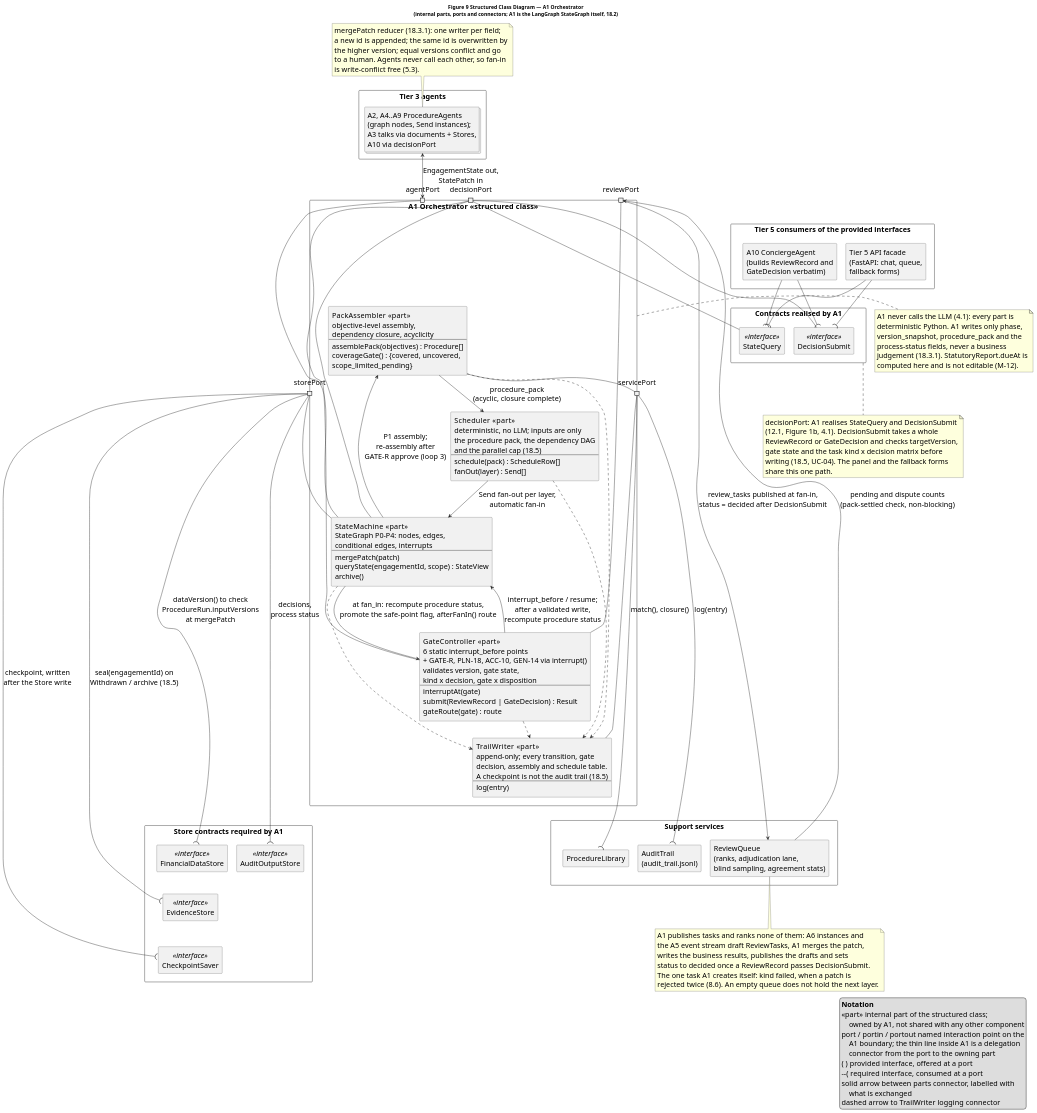
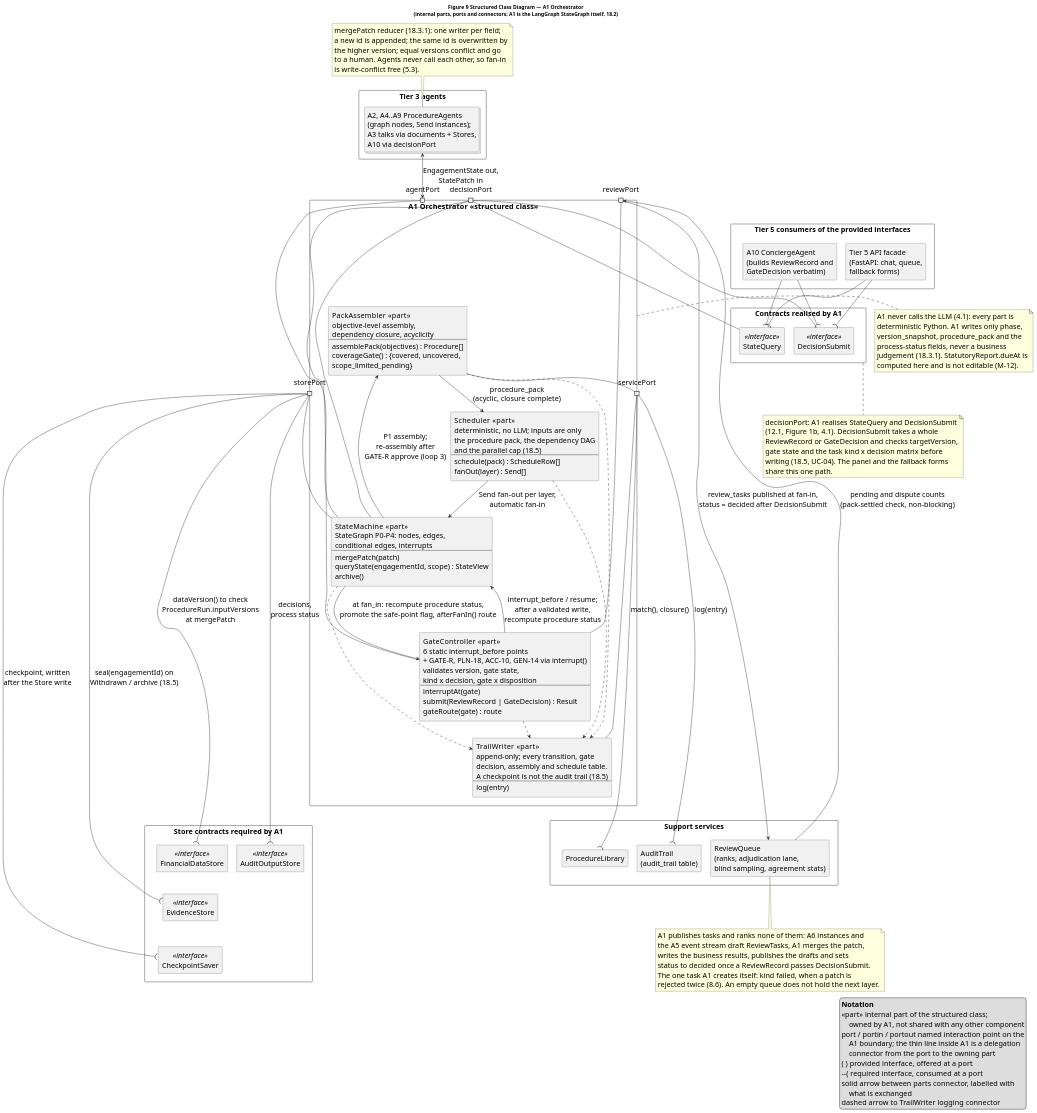
One commit to SilverHim/audit-agent changed the diagram in diagrams/structured_class_a1.puml. Above: the diagram before and after it, drawn with PlantUML. The commit also changed 203 other files, not shown here.

```diff
--- a/diagrams/structured_class_a1.puml
+++ b/diagrams/structured_class_a1.puml
@@ -1,162 +1,162 @@
 @startuml structured_class_a1
 title Figure 9  Structured Class Diagram — A1 Orchestrator\n(internal parts, ports and connectors; A1 is the LangGraph StateGraph itself, 18.2)
 
 skinparam componentStyle rectangle
 skinparam packageStyle rectangle
 skinparam shadowing false
 skinparam defaultFontSize 20
 skinparam legendFontSize 20
 skinparam nodesep 25
 skinparam ranksep 45
 
 ' ================= External collaborators =================
 package "Tier 5 consumers of the provided interfaces" as T5 {
   component "A10 ConciergeAgent\n(builds ReviewRecord and\nGateDecision verbatim)" as A10
   component "Tier 5 API facade\n(FastAPI: chat, queue,\nfallback forms)" as API
 }
 
 package "Contracts realised by A1" as PROV {
   component "StateQuery" <<interface>> as SQ
   component "DecisionSubmit" <<interface>> as DSUB
 }
 
 package "Tier 3 agents" as T3 {
   collections "A2, A4..A9 ProcedureAgents\n(graph nodes, Send instances);\nA3 talks via documents + Stores,\nA10 via decisionPort" as AG
 }
 
 package "Support services" as SV {
   component "ReviewQueue\n(ranks, adjudication lane,\nblind sampling, agreement stats)" as RQ
   component "ProcedureLibrary" as PL
-  component "AuditTrail\n(audit_trail.jsonl)" as AT
+  component "AuditTrail\n(audit_trail table)" as AT
 }
 
 package "Store contracts required by A1" as STO {
   component "AuditOutputStore" <<interface>> as AOS
   component "FinancialDataStore" <<interface>> as FDS
   component "EvidenceStore" <<interface>> as ES
   component "CheckpointSaver" <<interface>> as CKS
 }
 
 ' ================= The structured class =================
 component "A1 Orchestrator   <<structured class>>" as A1 {
 
   portin decisionPort
   port agentPort
   port reviewPort
   portout storePort
   portout servicePort
 
   component "StateMachine   <<part>>\nStateGraph P0–P4: nodes, edges,\nconditional edges, interrupts\n--\nmergePatch(patch)\nqueryState(engagementId, scope) : StateView\narchive()" as SM
   component "GateController   <<part>>\n6 static interrupt_before points\n+ GATE-R, PLN-18, ACC-10, GEN-14 via interrupt()\nvalidates version, gate state,\nkind x decision, gate x disposition\n--\ninterruptAt(gate)\nsubmit(ReviewRecord | GateDecision) : Result\ngateRoute(gate) : route" as GC
   component "PackAssembler   <<part>>\nobjective-level assembly,\ndependency closure, acyclicity\n--\nassemblePack(objectives) : Procedure[]\ncoverageGate() : {covered, uncovered,\nscope_limited_pending}" as PA
   component "Scheduler   <<part>>\ndeterministic, no LLM; inputs are only\nthe procedure pack, the dependency DAG\nand the parallel cap (18.5)\n--\nschedule(pack) : ScheduleRow[]\nfanOut(layer) : Send[]" as SCH
   component "TrailWriter   <<part>>\nappend-only; every transition, gate\ndecision, assembly and schedule table.\nA checkpoint is not the audit trail (18.5)\n--\nlog(entry)" as TW
 
   ' ---- connectors between parts ----
   SM --> PA : P1 assembly;\nre-assembly after\nGATE-R approve (loop 3)
   PA --> SCH : procedure_pack\n(acyclic, closure complete)
   SCH --> SM : Send fan-out per layer,\nautomatic fan-in
   SM --> GC : at fan_in: recompute procedure status,\npromote the safe-point flag, afterFanIn() route
   GC --> SM : interrupt_before / resume;\nafter a validated write,\nrecompute procedure status
 
   ' ---- every part logs ----
   SM ..> TW
   GC ..> TW
   PA ..> TW
   SCH ..> TW
 
   ' ---- port delegation ----
   decisionPort -- GC
   decisionPort -- SM
   agentPort -- SM
   reviewPort -- GC
   storePort -- SM
   servicePort -- PA
   servicePort -- TW
 }
 
 ' ================= Port wiring =================
 AG <--> agentPort : EngagementState out,\nStatePatch in
 reviewPort --> RQ : review_tasks published at fan-in,\nstatus = decided after DecisionSubmit
 RQ --> reviewPort : pending and dispute counts\n(pack-settled check, non-blocking)
 
 storePort --( AOS : decisions,\nprocess status
 storePort --( FDS : dataVersion() to check\nProcedureRun.inputVersions\nat mergePatch
 storePort --( ES : seal(engagementId) on\nWithdrawn / archive (18.5)
 storePort --( CKS : checkpoint, written\nafter the Store write
 servicePort --( PL : match(), closure()
 servicePort --( AT : log(entry)
 
 decisionPort -- SQ
 decisionPort -- DSUB
 A10 --( SQ
 A10 --( DSUB
 API --( SQ
 API --( DSUB
 
 ' ================= Notes =================
 note right of A1
   A1 never calls the LLM (4.1): every part is
   deterministic Python. A1 writes only phase,
   version_snapshot, procedure_pack and the
   process-status fields, never a business
   judgement (18.3.1). StatutoryReport.dueAt is
   computed here and is not editable (M-12).
 end note
 
 note top of AG
   mergePatch reducer (18.3.1): one writer per field;
   a new id is appended; the same id is overwritten by
   the higher version; equal versions conflict and go
   to a human. Agents never call each other, so fan-in
   is write-conflict free (5.3).
 end note
 
 note bottom of RQ
   A1 publishes tasks and ranks none of them: A6 instances and
   the A5 event stream draft ReviewTasks, A1 merges the patch,
   writes the business results, publishes the drafts and sets
   status to decided once a ReviewRecord passes DecisionSubmit.
   The one task A1 creates itself: kind failed, when a patch is
   rejected twice (8.6). An empty queue does not hold the next layer.
 end note
 
 note bottom of PROV
   decisionPort: A1 realises StateQuery and DecisionSubmit
   (12.1, Figure 1b, 4.1). DecisionSubmit takes a whole
   ReviewRecord or GateDecision and checks targetVersion,
   gate state and the task kind x decision matrix before
   writing (18.5, UC-04). The panel and the fallback forms
   share this one path.
 end note
 
 ' ================= Legend =================
 legend right
   <b>Notation</b>
   <<part>>  internal part of the structured class;
       owned by A1, not shared with any other component
   port / portin / portout  named interaction point on the
       A1 boundary; the thin line inside A1 is a delegation
       connector from the port to the owning part
   ( )  provided interface, offered at a port
   --(  required interface, consumed at a port
   solid arrow between parts  connector, labelled with
       what is exchanged
   dashed arrow to TrailWriter  logging connector
 endlegend
 
 ' ================= Layout hints =================
 A10 -[hidden]right- API
 SQ -[hidden]right- DSUB
 PA -[hidden]right- PROV
 PROV -[hidden]down- T5
 AOS -[hidden]right- FDS
 FDS -[hidden]right- ES
 ES -[hidden]right- CKS
 AOS -[hidden]down- CKS
 PL -[hidden]right- AT
 AT -[hidden]right- RQ
 TW -[hidden]down- AOS
 TW -[hidden]down- PL
 STO -[hidden]right- SV
 @enduml
```
